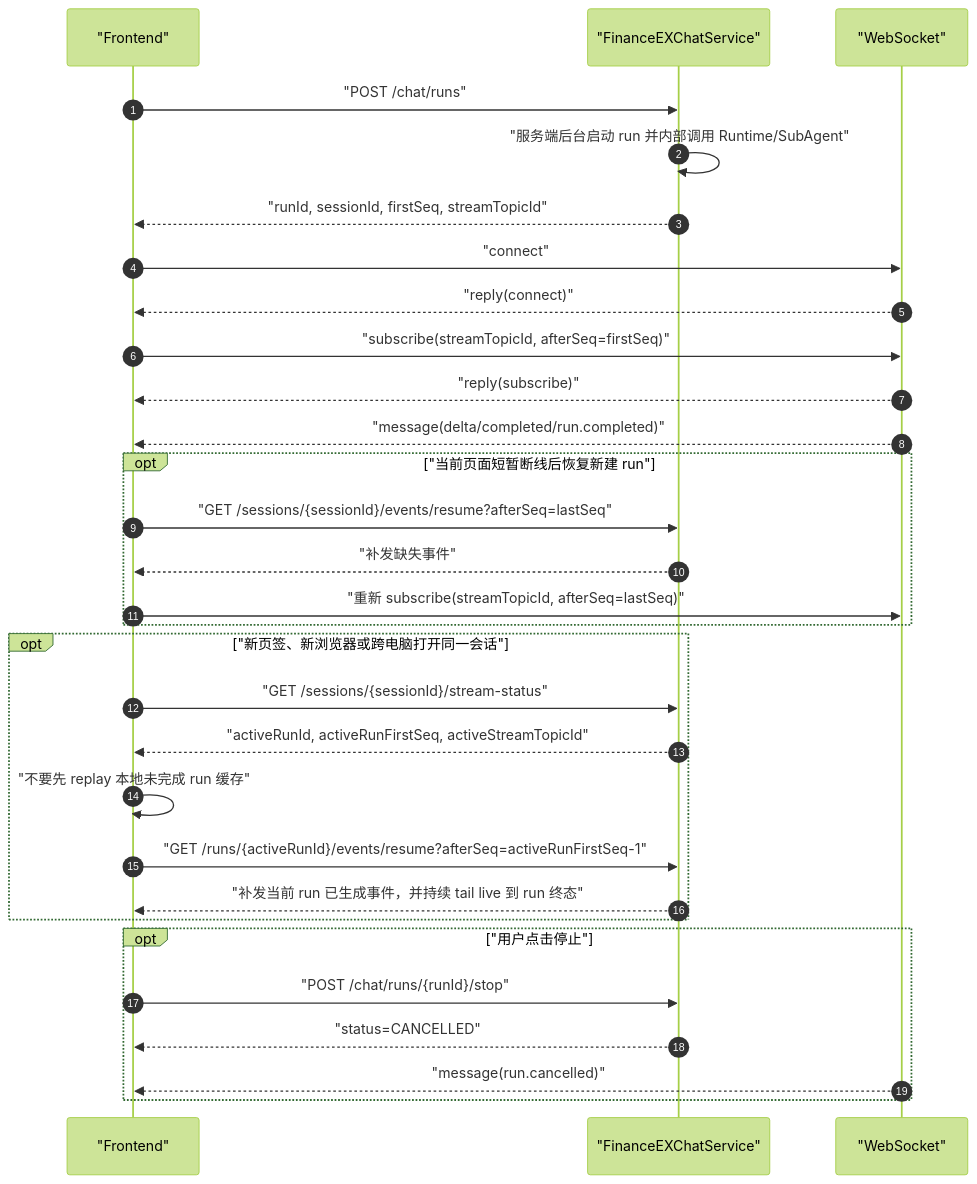
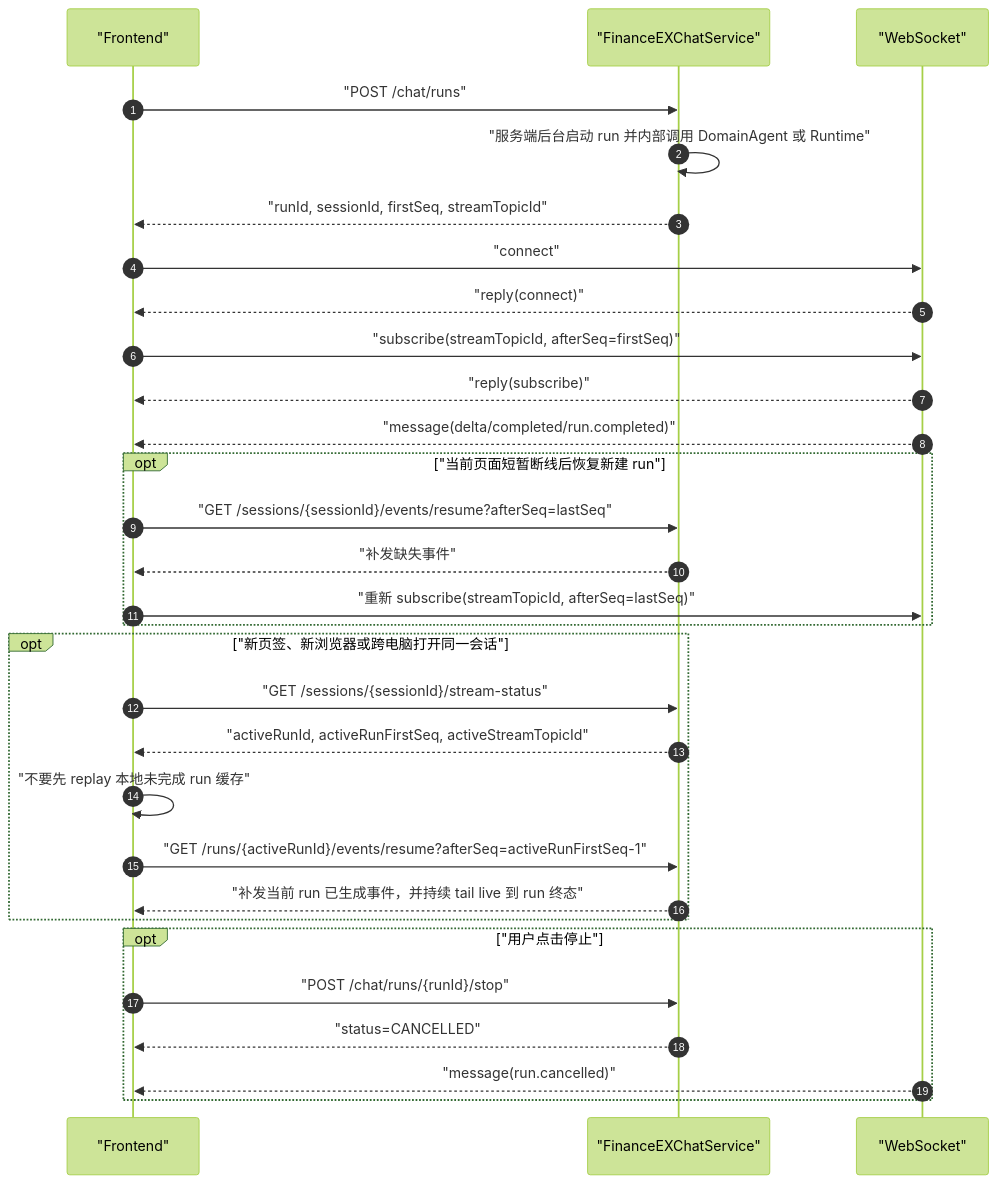
The diagram in docs/frontend-integration.md (kunben-duck/exweb), drawn with Mermaid (forest theme) before and after one commit. The commit also changed other lines of this file and 87 other files, not shown here.

Commit message:
feat: unify domain agent runtime routing

````diff
--- a/docs/frontend-integration.md
+++ b/docs/frontend-integration.md
@@ -570,36 +571,36 @@
 ```mermaid
 sequenceDiagram
     autonumber
     participant UI as "Frontend"
     participant API as "FinanceEXChatService"
     participant WS as "WebSocket"
 
     UI->>API: "POST /chat/runs"
-    API->>API: "服务端后台启动 run 并内部调用 Runtime/SubAgent"
+    API->>API: "服务端后台启动 run 并内部调用 DomainAgent 或 Runtime"
     API-->>UI: "runId, sessionId, firstSeq, streamTopicId"
     UI->>WS: "connect"
     WS-->>UI: "reply(connect)"
     UI->>WS: "subscribe(streamTopicId, afterSeq=firstSeq)"
     WS-->>UI: "reply(subscribe)"
     WS-->>UI: "message(delta/completed/run.completed)"
 
     opt "当前页面短暂断线后恢复新建 run"
         UI->>API: "GET /sessions/{sessionId}/events/resume?afterSeq=lastSeq"
         API-->>UI: "补发缺失事件"
         UI->>WS: "重新 subscribe(streamTopicId, afterSeq=lastSeq)"
     end
 
     opt "新页签、新浏览器或跨电脑打开同一会话"
         UI->>API: "GET /sessions/{sessionId}/stream-status"
         API-->>UI: "activeRunId, activeRunFirstSeq, activeStreamTopicId"
         UI->>UI: "不要先 replay 本地未完成 run 缓存"
         UI->>API: "GET /runs/{activeRunId}/events/resume?afterSeq=activeRunFirstSeq-1"
         API-->>UI: "补发当前 run 已生成事件，并持续 tail live 到 run 终态"
     end
 
     opt "用户点击停止"
         UI->>API: "POST /chat/runs/{runId}/stop"
         API-->>UI: "status=CANCELLED"
         WS-->>UI: "message(run.cancelled)"
     end
 ```
````
